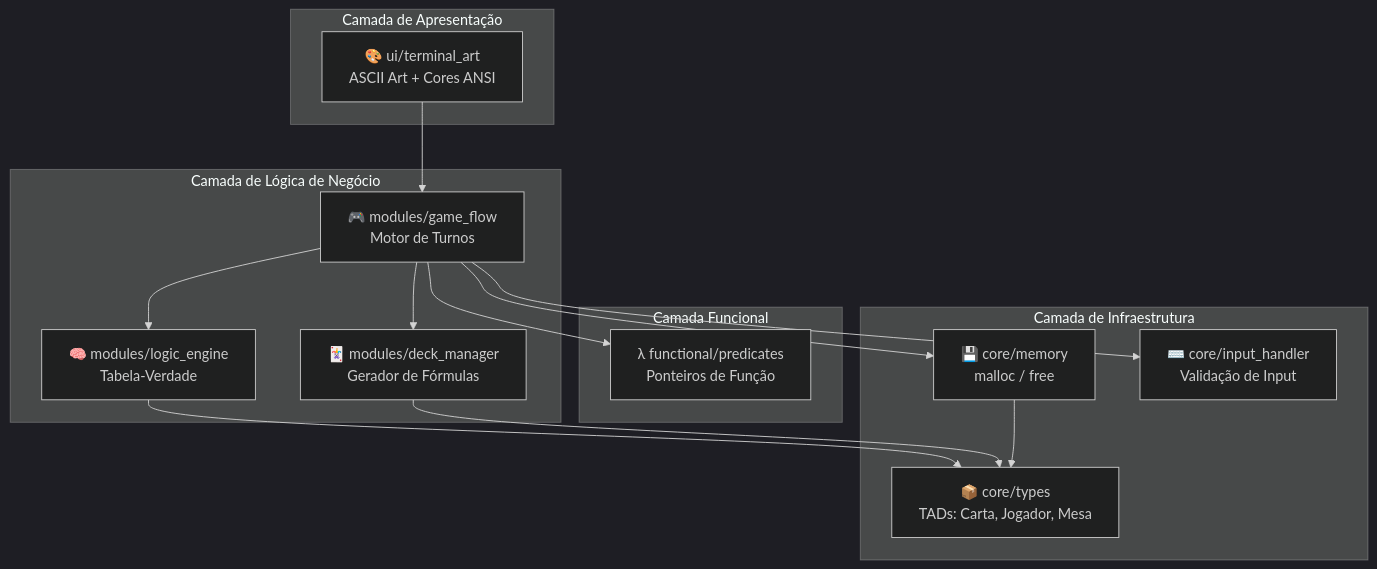
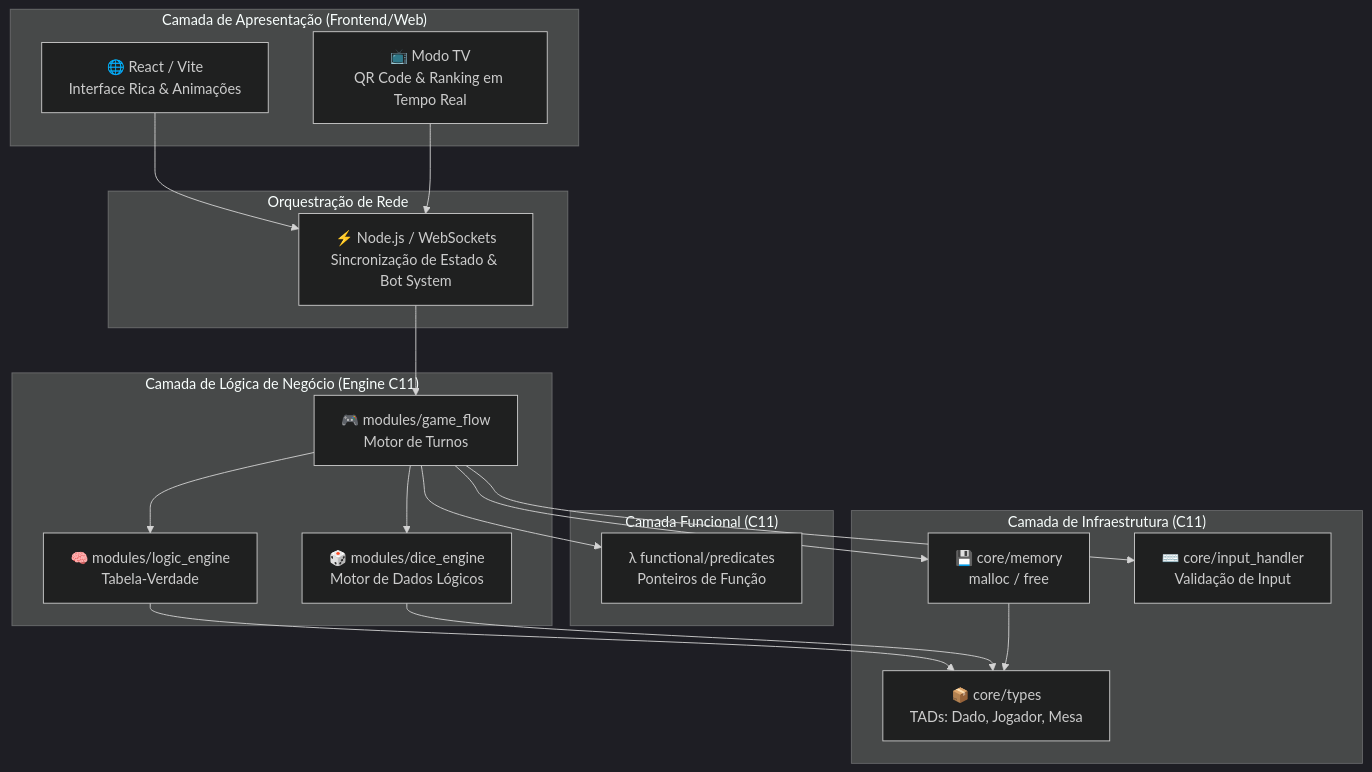
One commit to rsc3-pixel/The-Boolean-Bar changed the first of 4 diagrams in README.md. Above: the diagram before and after it, drawn with Mermaid (dark theme). The commit also changed other lines of this file, not shown here.

Commit message:
docs: reestruturar README para Fullstack e alinhar terminologia Liar's Dice

````diff
--- a/README.md
+++ b/README.md
@@ -117,32 +121,39 @@
 ```mermaid
 graph TB
-    subgraph "Camada de Apresentação"
-        UI["🎨 ui/terminal_art<br/>ASCII Art + Cores ANSI"]
+    subgraph "Camada de Apresentação (Frontend/Web)"
+        UI_Web["🌐 React / Vite<br/>Interface Rica & Animações"]
+        UI_TV["📺 Modo TV<br/>QR Code & Ranking em Tempo Real"]
     end
 
-    subgraph "Camada de Lógica de Negócio"
+    subgraph "Orquestração de Rede"
+        WS["⚡ Node.js / WebSockets<br/>Sincronização de Estado & Bot System"]
+    end
+
+    subgraph "Camada de Lógica de Negócio (Engine C11)"
         GF["🎮 modules/game_flow<br/>Motor de Turnos"]
         LE["🧠 modules/logic_engine<br/>Tabela-Verdade"]
-        DM["🃏 modules/deck_manager<br/>Gerador de Fórmulas"]
+        DM["🎲 modules/dice_engine<br/>Motor de Dados Lógicos"]
     end
 
-    subgraph "Camada Funcional"
+    subgraph "Camada Funcional (C11)"
         PRED["λ functional/predicates<br/>Ponteiros de Função"]
     end
 
-    subgraph "Camada de Infraestrutura"
+    subgraph "Camada de Infraestrutura (C11)"
         MEM["💾 core/memory<br/>malloc / free"]
         IH["⌨️ core/input_handler<br/>Validação de Input"]
-        TYPES["📦 core/types<br/>TADs: Carta, Jogador, Mesa"]
+        TYPES["📦 core/types<br/>TADs: Dado, Jogador, Mesa"]
     end
 
-    UI --> GF
+    UI_Web --> WS
+    UI_TV --> WS
+    WS --> GF
     GF --> LE
     GF --> DM
     GF --> PRED
     GF --> MEM
     GF --> IH
     LE --> TYPES
     DM --> TYPES
     MEM --> TYPES
 ```
````
